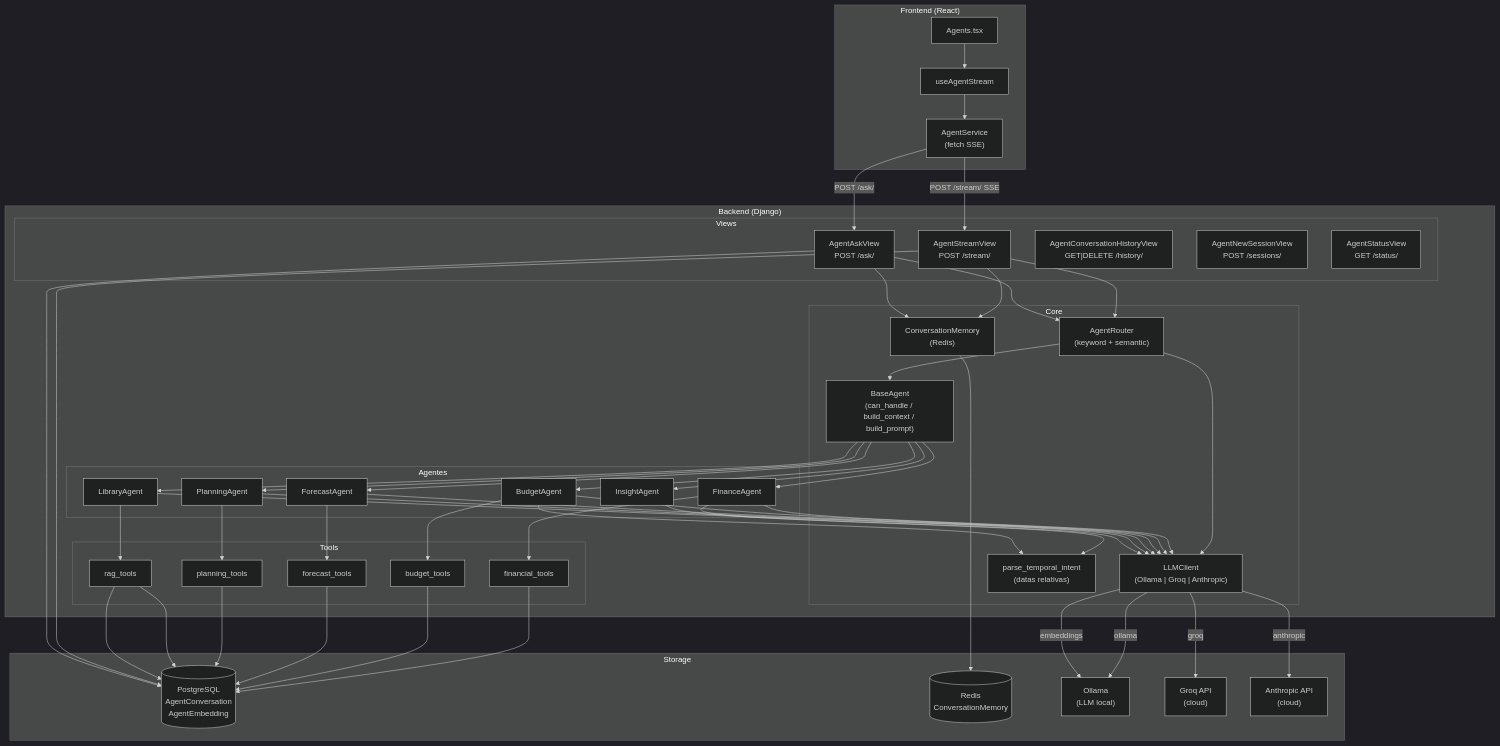
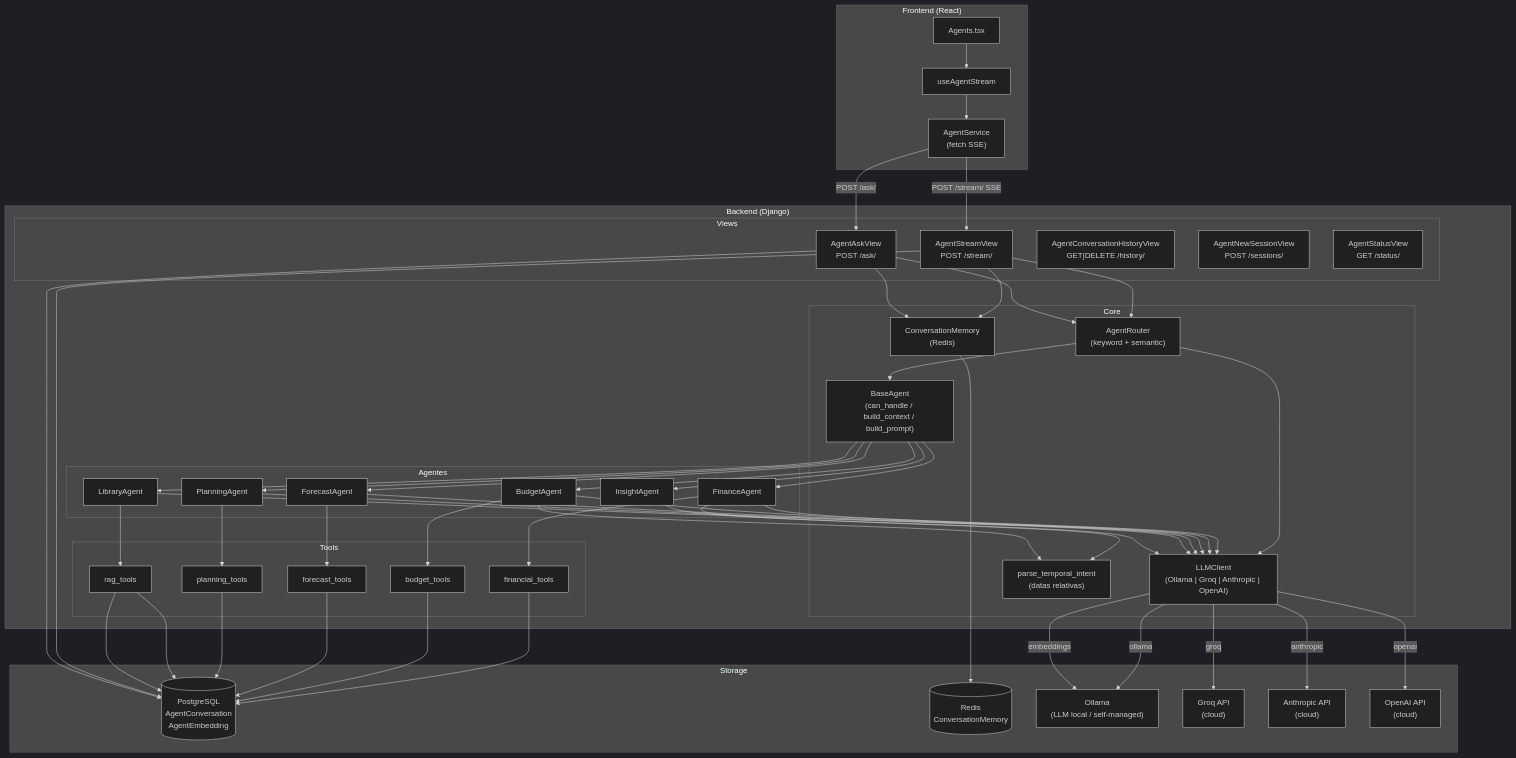
Diagram 11 of 13 in documentation/architecture/diagrams.md (tarcisioribeiro/Axiom), drawn with Mermaid (dark theme) before and after one commit. The commit also changed other lines of this file and 3 other files, not shown here.

Commit message:
docs/update-architecture-and-readme

````diff
--- a/documentation/architecture/diagrams.md
+++ b/documentation/architecture/diagrams.md
@@ -687,7 +717,7 @@
         subgraph Core["Core"]
             ROUTER["AgentRouter\n(keyword + semantic)"]
             BASE["BaseAgent\n(can_handle / build_context / build_prompt)"]
-            LLMC["LLMClient\n(Ollama | Groq | Anthropic)"]
+            LLMC["LLMClient\n(Ollama | Groq | Anthropic | OpenAI)"]
             MEM["ConversationMemory\n(Redis)"]
             TEMP["parse_temporal_intent\n(datas relativas)"]
         end
@@ -713,9 +743,10 @@
     subgraph Storage["Storage"]
         PG[("PostgreSQL\nAgentConversation\nAgentEmbedding")]
         REDIS[("Redis\nConversationMemory")]
-        OLLAMA["Ollama\n(LLM local)"]
+        OLLAMA["Ollama\n(LLM local / self-managed)"]
         GROQ["Groq API\n(cloud)"]
         ANT["Anthropic API\n(cloud)"]
+        OPENAI["OpenAI API\n(cloud)"]
     end
 
     SVC -->|"POST /stream/ SSE"| STMV
@@ -746,5 +777,6 @@
     LLMC -->|ollama| OLLAMA
     LLMC -->|groq| GROQ
     LLMC -->|anthropic| ANT
+    LLMC -->|openai| OPENAI
     LLMC -->|embeddings| OLLAMA
 ```
````
